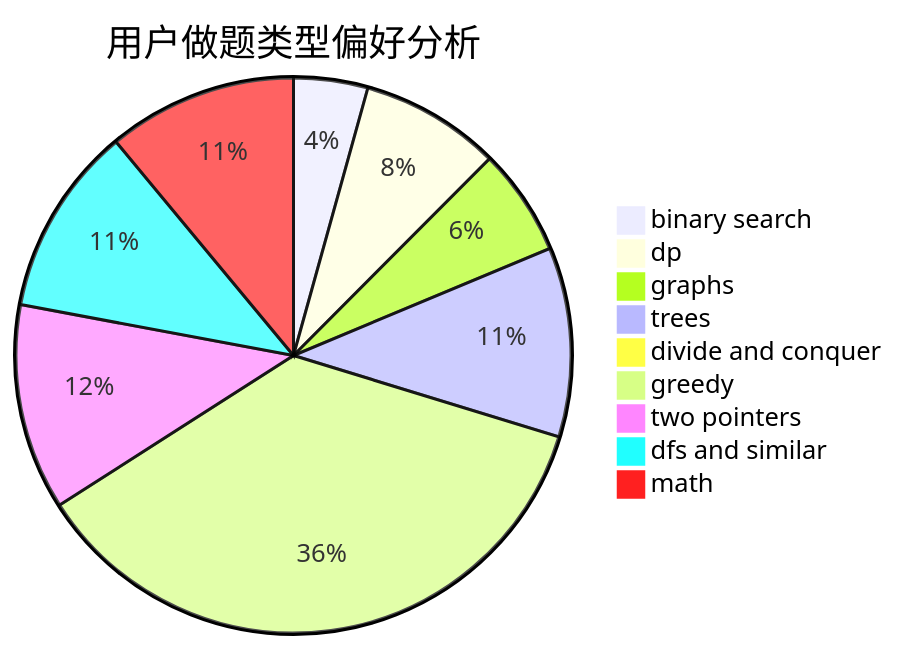
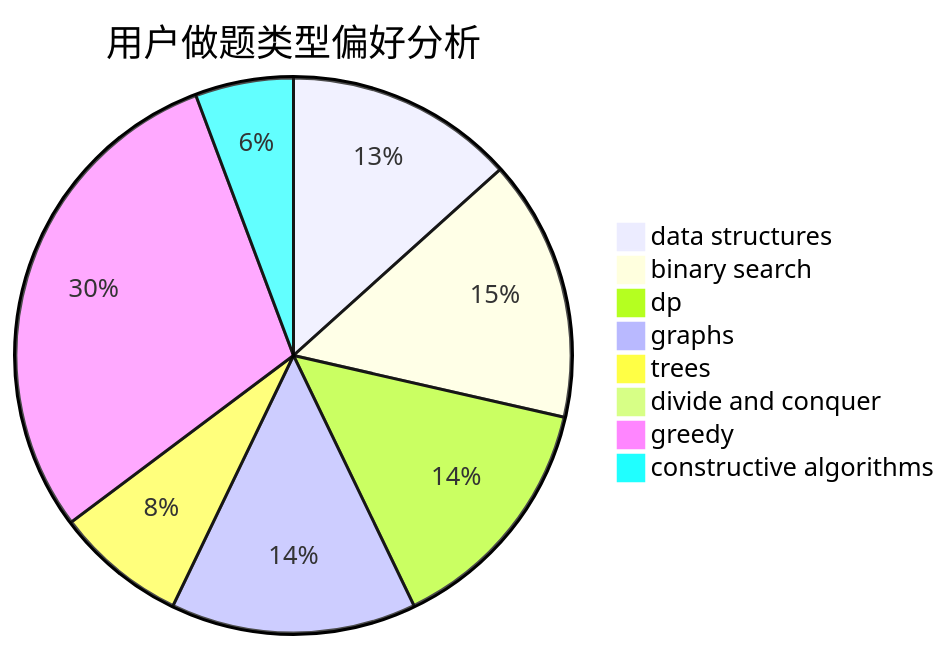
One commit to sherpahu/cfrs.github.io changed the second of 3 diagrams in docs/user/u2337.md. Above: the diagram before and after it, drawn with Mermaid. The commit also changed other lines of this file and 2775 other files, not shown here.

````diff
--- a/docs/user/u2337.md
+++ b/docs/user/u2337.md
@@ -23,12 +23,11 @@
 ```mermaid
 pie title 用户做题类型偏好分析
-    "binary search" :  18
-    "dp" :  34
-    "graphs" :  26
-    "trees" :  46
+    "data structures" :  14
+    "binary search" :  16
+    "dp" :  15
+    "graphs" :  15
+    "trees" :  8
     "divide and conquer" :  0
-    "greedy" :  151
-    "two pointers" :  50
-    "dfs and similar" :  46
-    "math" :  46
+    "greedy" :  31
+    "constructive algorithms" :  6
 ```
````
